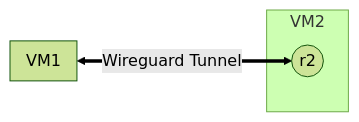
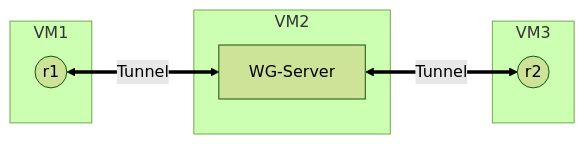
One commit to edgardcunha/freeRouter changed the diagram in wireguard/02/README.md. Above: the diagram before and after it, drawn with Mermaid (forest theme).

````diff
--- a/wireguard/02/README.md
+++ b/wireguard/02/README.md
@@ -5,10 +5,14 @@
 ```mermaid
 flowchart LR
     subgraph VM1 ["VM1"]
-        
+        A((r1))
     end
     subgraph VM2 ["VM2"]
-        B((r2))
+        B[WG-Server]
     end
-    VM1 <==>|Wireguard Tunnel| B
+    subgraph VM3 ["VM3"]
+        C((r2))
+    end
+    A <==>| Tunnel | B
+    B <==>| Tunnel | C
 ```
````
